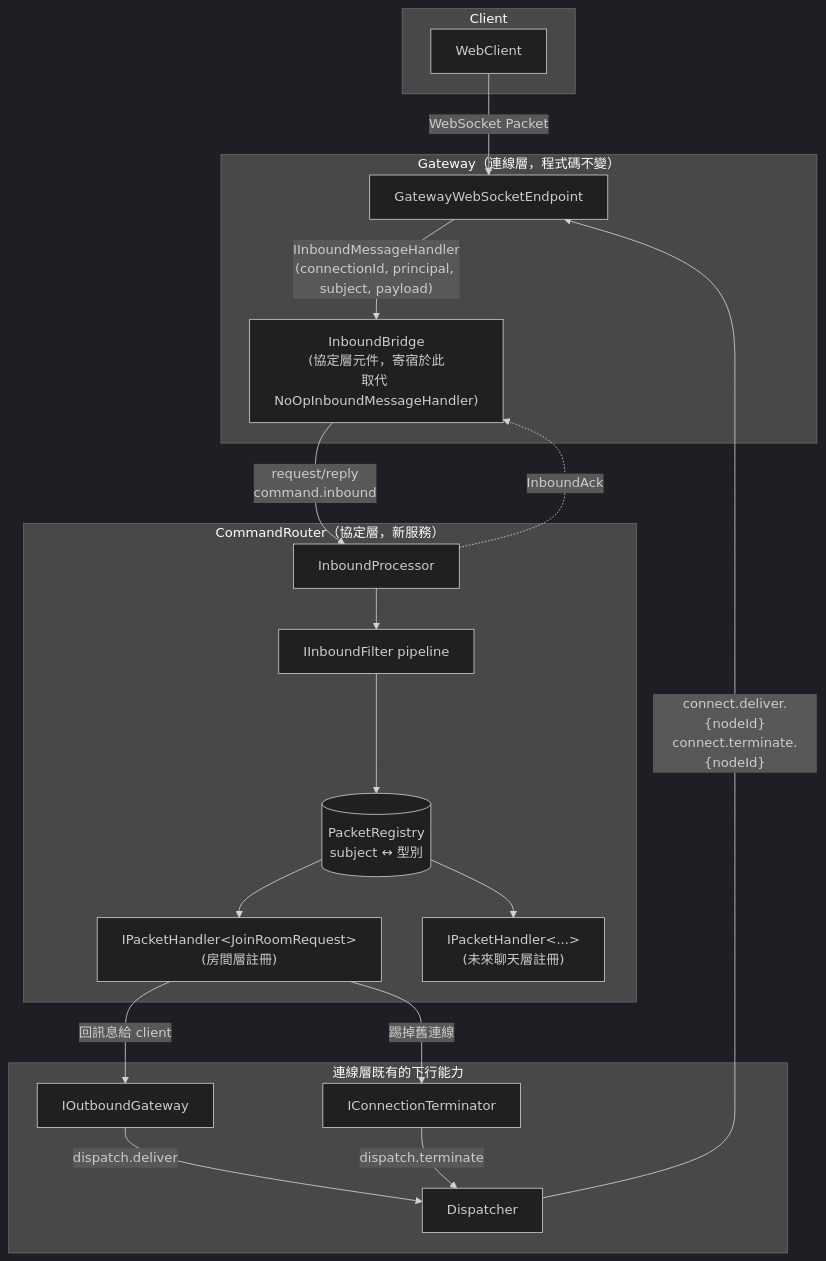
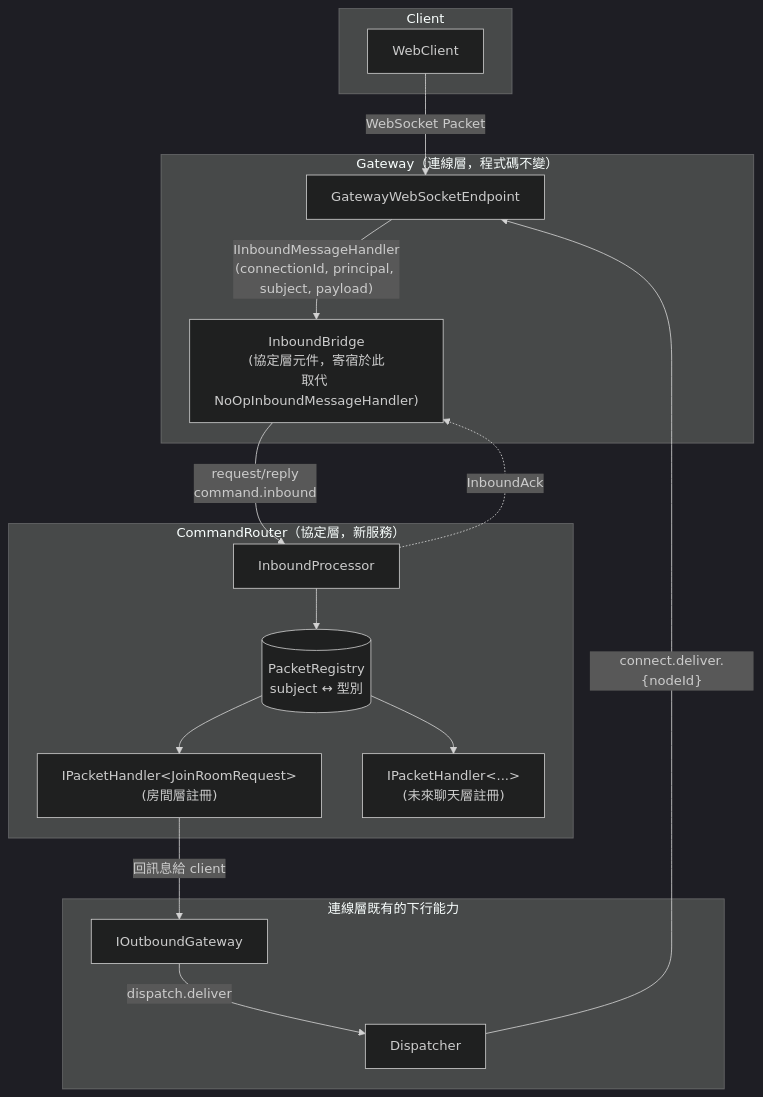
One commit to yggdrasill-dev/ChatSystem changed the first of 3 diagrams in docs/architecture/protocol-layer.md. Above: the diagram before and after it, drawn with Mermaid (dark theme). The commit also changed other lines of this file and 8 other files, not shown here.

First line of the commit message:
refactor(protocol-layer): IInboundFilter 一個使用者都沒等到，連 CommandRouter 關連線的能力一起移除

````diff
--- a/docs/architecture/protocol-layer.md
+++ b/docs/architecture/protocol-layer.md
@@ -51,39 +51,34 @@
 ```mermaid
 graph TB
     subgraph Client
         WC[WebClient]
     end
 
     subgraph "Gateway（連線層，程式碼不變）"
         WS[GatewayWebSocketEndpoint]
         IB["InboundBridge\n(協定層元件，寄宿於此\n取代 NoOpInboundMessageHandler)"]
     end
 
     subgraph "CommandRouter（協定層，新服務）"
         IP[InboundProcessor]
-        FP["IInboundFilter pipeline"]
         RG[("PacketRegistry\nsubject ↔ 型別")]
         H1["IPacketHandler&lt;JoinRoomRequest&gt;\n(房間層註冊)"]
         H2["IPacketHandler&lt;...&gt;\n(未來聊天層註冊)"]
     end
 
     subgraph "連線層既有的下行能力"
         OG[IOutboundGateway]
-        CT[IConnectionTerminator]
         DP[Dispatcher]
     end
 
     WC -- "WebSocket Packet" --> WS
     WS -- "IInboundMessageHandler\n(connectionId, principal, subject, payload)" --> IB
     IB -- "request/reply\ncommand.inbound" --> IP
-    IP --> FP
-    FP --> RG
+    IP --> RG
     RG --> H1
     RG --> H2
     H1 -- "回訊息給 client" --> OG
-    H1 -- "踢掉舊連線" --> CT
     OG -- "dispatch.deliver" --> DP
-    CT -- "dispatch.terminate" --> DP
-    DP -- "connect.deliver.{nodeId}\nconnect.terminate.{nodeId}" --> WS
+    DP -- "connect.deliver.{nodeId}" --> WS
     IP -. "InboundAck" .-> IB
 ```
````
